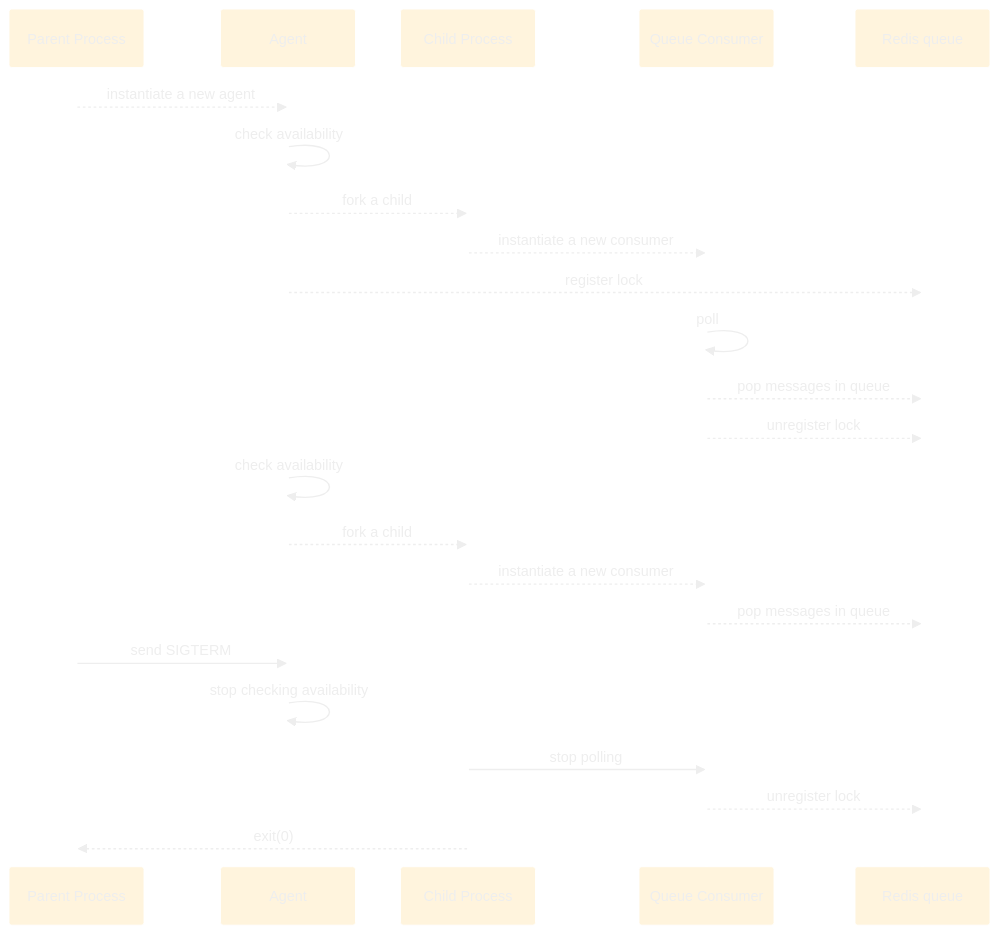
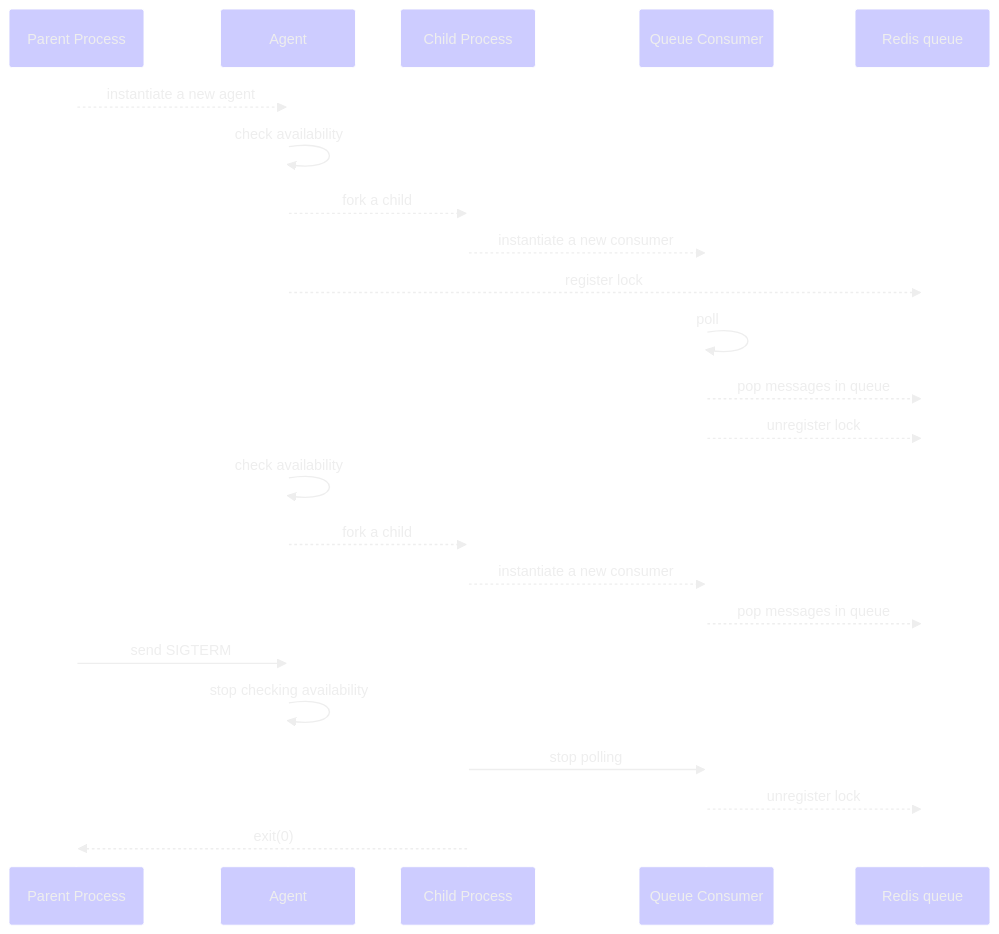
Before and after one commit to bbougon/bertrand-bougon.fr: the third of 4 diagrams in _posts/2022-09-29-how-to-be-proud-of-an-experimentation.md, drawn with Mermaid. The commit also changed other lines of this file and 5 other files, not shown here.

````diff
--- a/_posts/2022-09-29-how-to-be-proud-of-an-experimentation.md
+++ b/_posts/2022-09-29-how-to-be-proud-of-an-experimentation.md
@@ -108,21 +111,21 @@
 ```mermaid!
-%%{init: {'theme': 'base', 'themeVariables': { 'darkMode': 'true'}}}%%
+%%{init: {'theme': 'base', 'themeVariables': { 'darkMode': 'true', 'primaryColor': '#CDCCFF'}}}%%
     sequenceDiagram
         Parent Process-->>Agent: instantiate a new agent
         Agent->>Agent: check availability
         Agent-->>Child Process: fork a child
         Child Process-->>Queue Consumer: instantiate a new consumer
         Agent-->>Redis queue: register lock
         Queue Consumer->>Queue Consumer: poll
         Queue Consumer-->>Redis queue: pop messages in queue
         Queue Consumer-->>Redis queue: unregister lock
         Agent->>Agent: check availability
         Agent-->>Child Process: fork a child
         Child Process-->>Queue Consumer: instantiate a new consumer
         Queue Consumer-->>Redis queue: pop messages in queue
         Parent Process->>Agent: send SIGTERM
         Agent->>Agent: stop checking availability
         Child Process->>Queue Consumer: stop polling
         Queue Consumer-->>Redis queue: unregister lock
         Child Process-->>Parent Process: exit(0)
 ```
````
